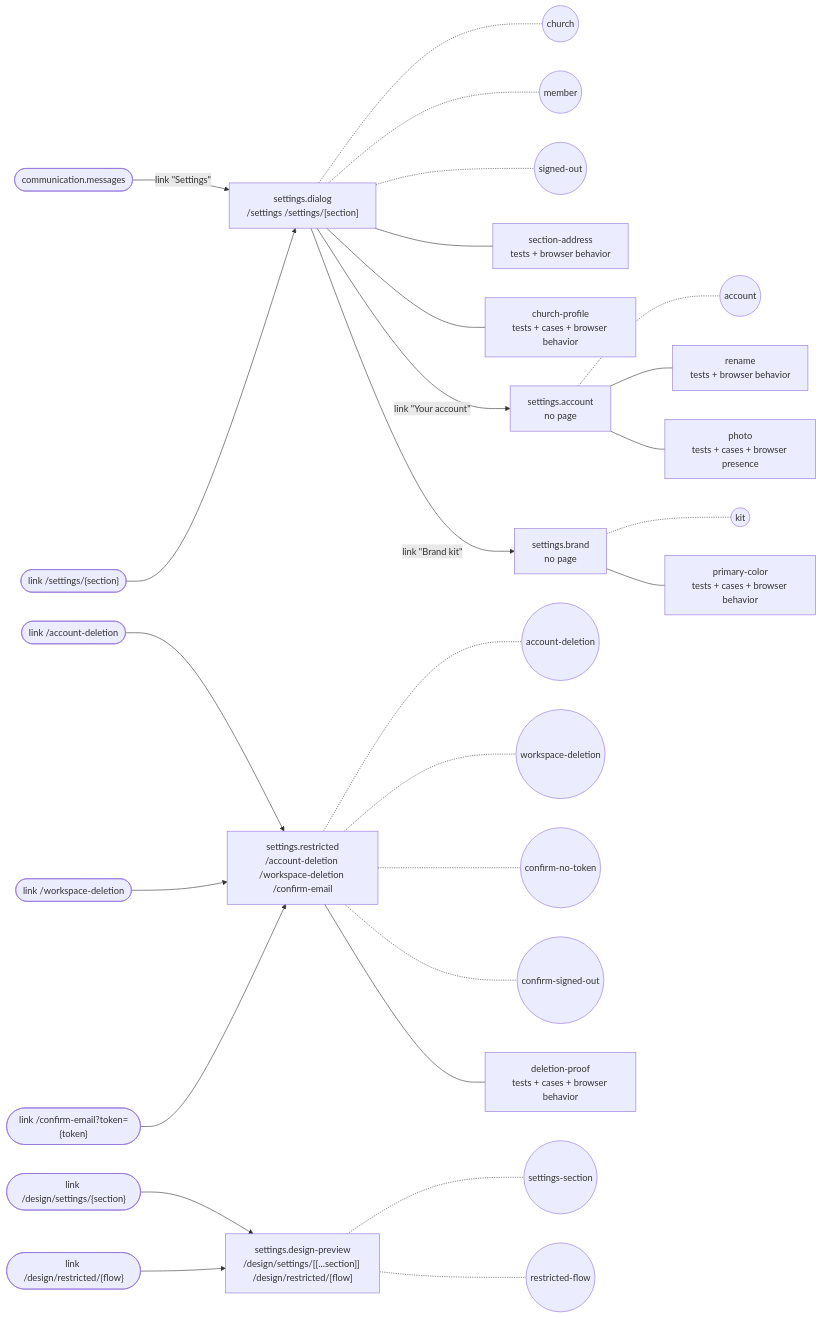
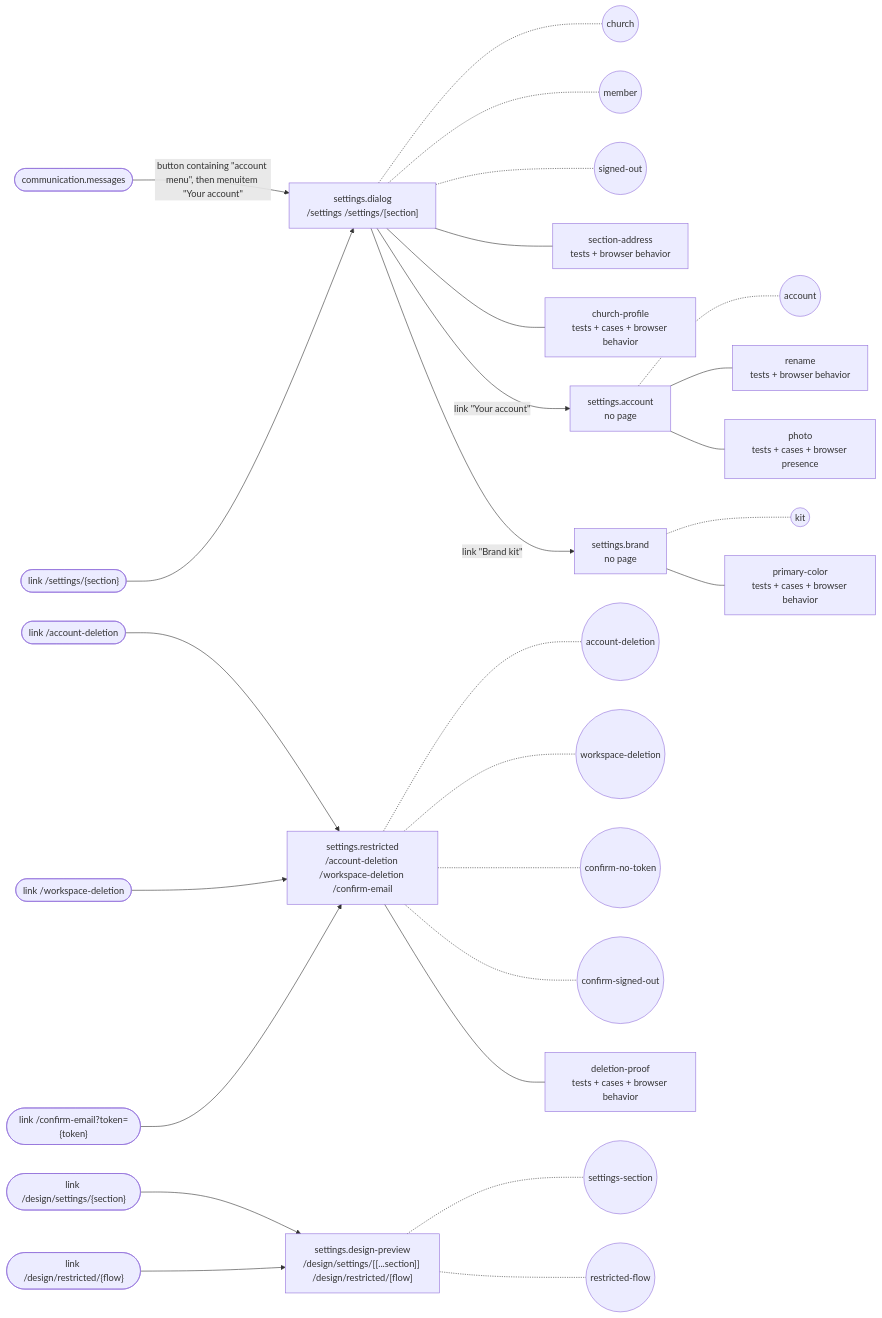
Before and after one commit to SebastianGarces/everyfield: the diagram in docs/feature-maps/settings.md, drawn with Mermaid. The commit also changed other lines of this file and 6 other files, not shown here.

````diff
--- a/docs/feature-maps/settings.md
+++ b/docs/feature-maps/settings.md
@@ -6,41 +6,41 @@
 ```mermaid
 flowchart LR
   s0_link1(["link /settings/{section}"])
   s3_link0(["link /account-deletion"])
   s3_link1(["link /workspace-deletion"])
   s3_link2(["link /confirm-email?token={token}"])
   s4_link0(["link /design/settings/{section}"])
   s4_link1(["link /design/restricted/{flow}"])
   x_communication_messages(["communication.messages"])
   s0["settings.dialog<br/>/settings /settings/[section]"]
-  x_communication_messages -- "link #quot;Settings#quot;" --> s0
+  x_communication_messages -- "button containing #quot;account menu#quot;, then menuitem #quot;Your account#quot;" --> s0
   s0_link1 --> s0
   s0 -.- s0_st0(("church"))
   s0 -.- s0_st1(("member"))
   s0 -.- s0_st2(("signed-out"))
   s0 --- s0_b0["section-address<br/>tests + browser behavior"]
   s0 --- s0_b1["church-profile<br/>tests + cases + browser behavior"]
   s1["settings.account<br/>no page"]
   s0 -- "link #quot;Your account#quot;" --> s1
   s1 -.- s1_st0(("account"))
   s1 --- s1_b0["rename<br/>tests + browser behavior"]
   s1 --- s1_b1["photo<br/>tests + cases + browser presence"]
   s2["settings.brand<br/>no page"]
   s0 -- "link #quot;Brand kit#quot;" --> s2
   s2 -.- s2_st0(("kit"))
   s2 --- s2_b0["primary-color<br/>tests + cases + browser behavior"]
   s3["settings.restricted<br/>/account-deletion /workspace-deletion /confirm-email"]
   s3_link0 --> s3
   s3_link1 --> s3
   s3_link2 --> s3
   s3 -.- s3_st0(("account-deletion"))
   s3 -.- s3_st1(("workspace-deletion"))
   s3 -.- s3_st2(("confirm-no-token"))
   s3 -.- s3_st3(("confirm-signed-out"))
   s3 --- s3_b0["deletion-proof<br/>tests + cases + browser behavior"]
   s4["settings.design-preview<br/>/design/settings/[[...section]] /design/restricted/[flow]"]
   s4_link0 --> s4
   s4_link1 --> s4
   s4 -.- s4_st0(("settings-section"))
   s4 -.- s4_st1(("restricted-flow"))
 ```
````
